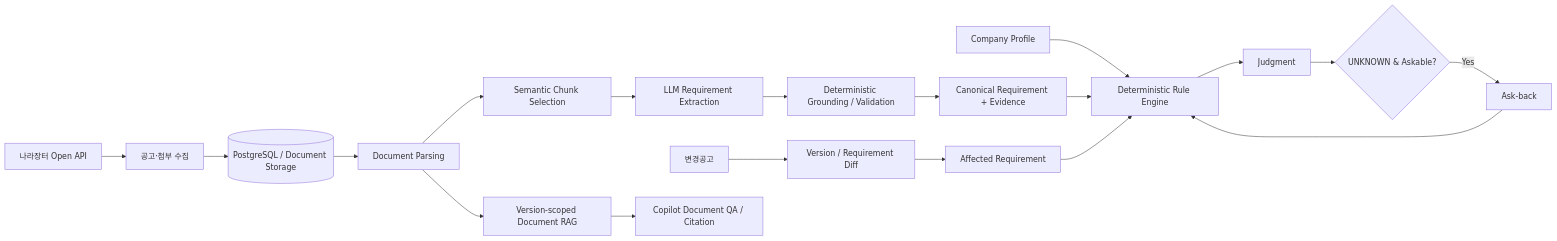
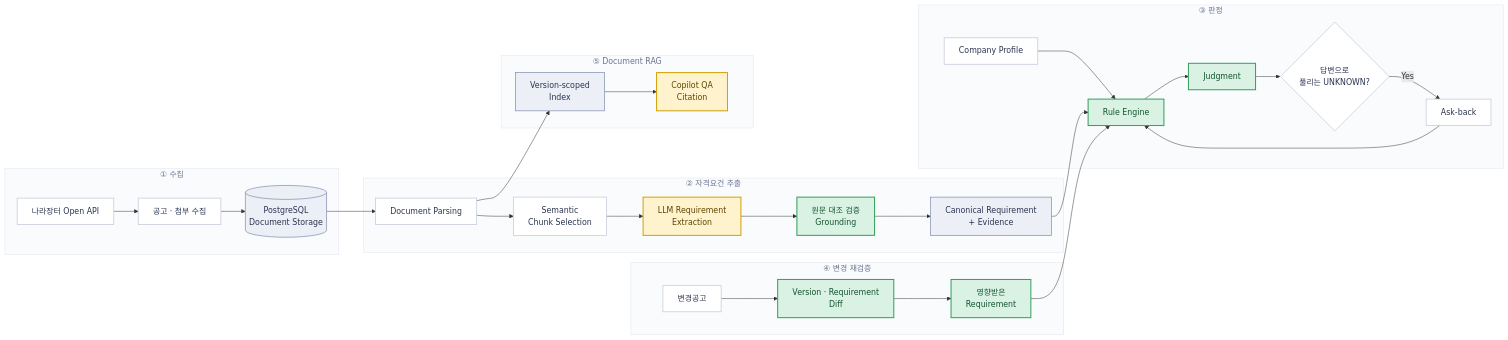
One commit to SKNETWORKS-FAMILY-AICAMP/SKN34-3rd-4Team changed the third of 3 diagrams in README.md. Above: the diagram before and after it, drawn with Mermaid. The commit also changed other lines of this file, not shown here.

Commit message:
docs: README 헤더 중앙 정렬 · 다이어그램 색 구분 추가
- 제목·태그라인·배지를 중앙 정렬 블록으로 변경
- 시스템 아키텍처를 단계별 subgraph로 재구성하고 LLM/결정론 규칙을 색으로 구분
- ERD 도메인 지도에 도메인별 색과 테이블 수 표시

````diff
--- a/README.md
+++ b/README.md
@@ -492,23 +504,46 @@
 ```mermaid
 flowchart LR
-    A[나라장터 Open API] --> B[공고·첨부 수집]
-    B --> C[(PostgreSQL / Document Storage)]
-    C --> D[Document Parsing]
-    D --> E[Semantic Chunk Selection]
-    E --> F[LLM Requirement Extraction]
-    F --> G[Deterministic Grounding / Validation]
-    G --> H[Canonical Requirement + Evidence]
-    P[Company Profile] --> I[Deterministic Rule Engine]
+    subgraph collect["① 수집"]
+        A[나라장터 Open API] --> B[공고 · 첨부 수집]
+        B --> C[(PostgreSQL<br/>Document Storage)]
+    end
+
+    subgraph extract["② 자격요건 추출"]
+        D[Document Parsing] --> E[Semantic<br/>Chunk Selection]
+        E --> F["LLM Requirement<br/>Extraction"]
+        F --> G["원문 대조 검증<br/>Grounding"]
+        G --> H[Canonical Requirement<br/>+ Evidence]
+    end
+
+    subgraph judge["③ 판정"]
+        P[Company Profile] --> I[Rule Engine]
+        I --> J[Judgment]
+        J --> K{답변으로<br/>풀리는 UNKNOWN?}
+        K -->|Yes| L[Ask-back] --> I
+    end
+
+    subgraph change["④ 변경 재검증"]
+        M[변경공고] --> N[Version · Requirement<br/>Diff] --> O[영향받은<br/>Requirement]
+    end
+
+    subgraph rag["⑤ Document RAG"]
+        R[Version-scoped<br/>Index] --> S["Copilot QA<br/>Citation"]
+    end
+
+    C --> D
     H --> I
-    I --> J[Judgment]
-    J --> K{UNKNOWN & Askable?}
-    K -->|Yes| L[Ask-back]
-    L --> I
+    O --> I
+    D --> R
 
-    M[변경공고] --> N[Version / Requirement Diff]
-    N --> O[Affected Requirement]
-    O --> I
+    classDef llm fill:#fff3cd,stroke:#d39e00,stroke-width:2px,color:#5c4500
+    classDef rule fill:#d9f2e3,stroke:#2e9e5b,stroke-width:2px,color:#14532d
+    classDef store fill:#eceff6,stroke:#8792b5,stroke-width:1.5px,color:#2b3350
+    classDef plain fill:#ffffff,stroke:#c4cada,stroke-width:1.5px,color:#2b3350
+    classDef zone fill:#fafbfd,stroke:#dfe3ec,stroke-width:1px,color:#6b7391
 
-    D --> R[Version-scoped Document RAG]
-    R --> S[Copilot Document QA / Citation]
+    class F,S llm
+    class G,I,J,N,O rule
+    class C,H,R store
+    class A,B,D,E,P,K,L,M plain
+    class collect,extract,judge,change,rag zone
 ```
````
